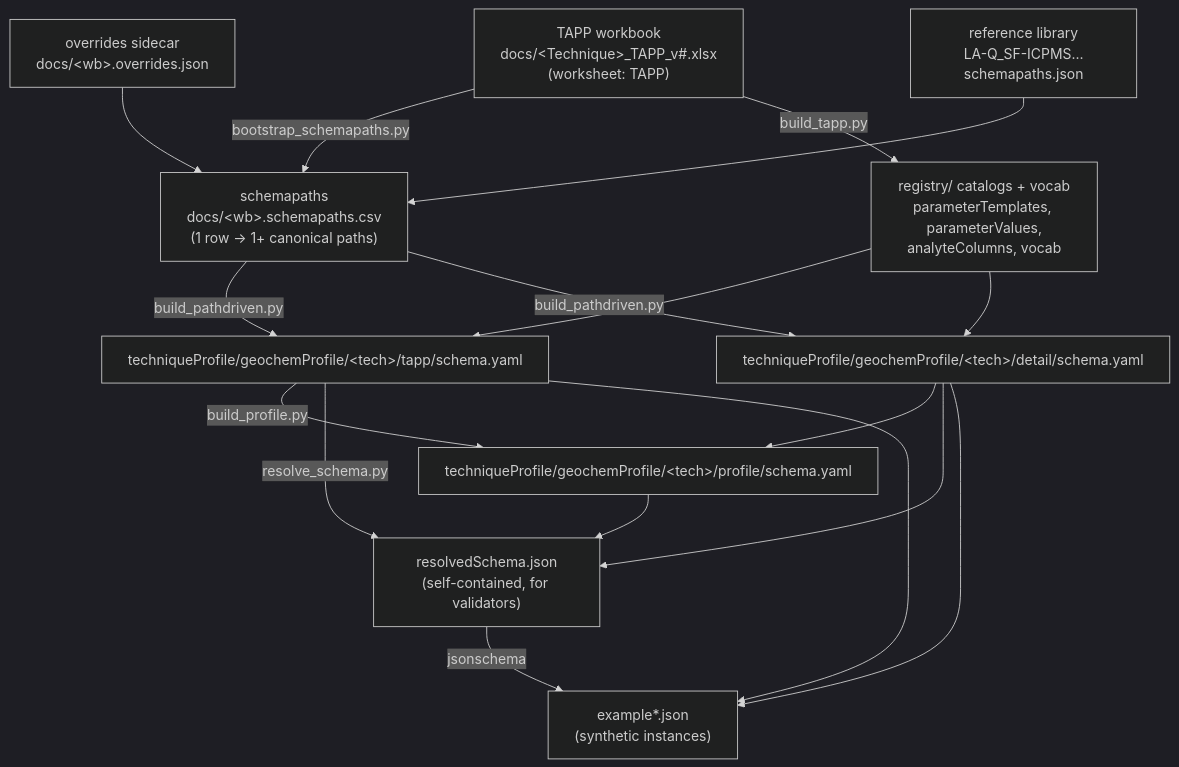
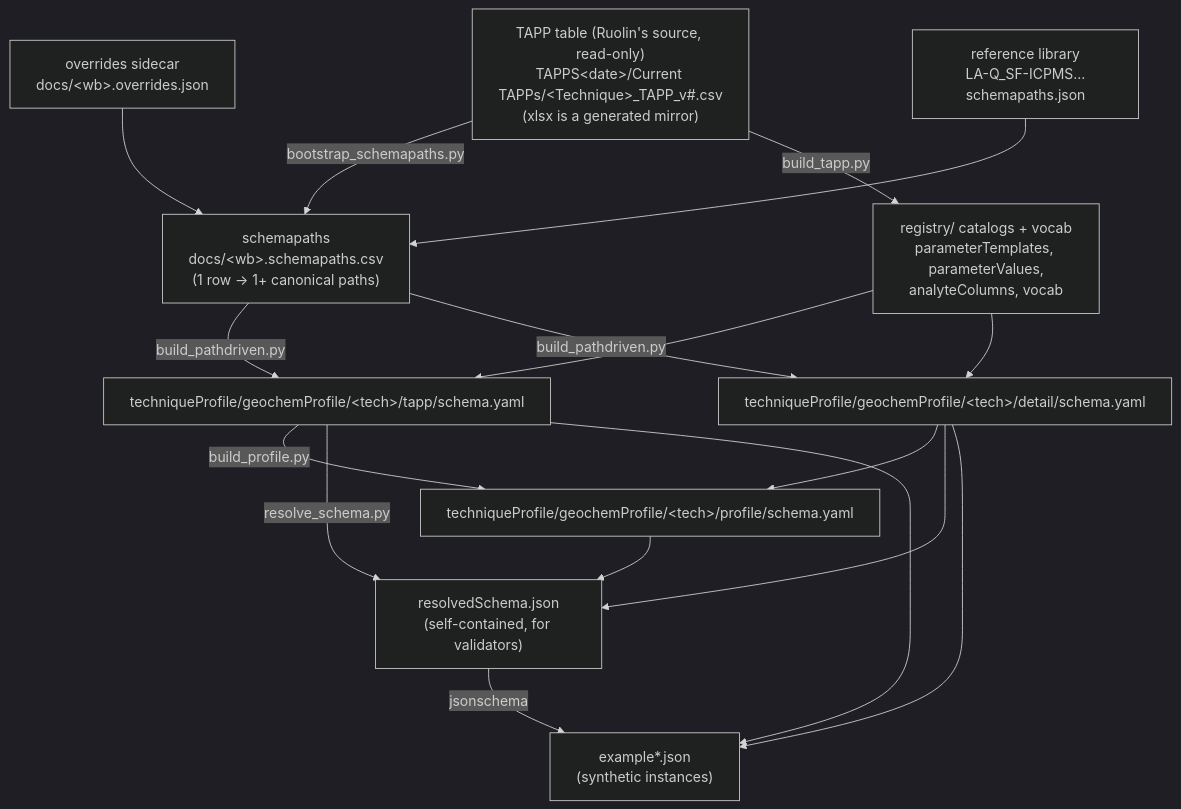
Before and after one commit to amds-ldeo/geochemBuildingBlocks: the diagram in docs/TAPP-schema-generation-workflow.md, drawn with Mermaid (dark theme). The commit also changed other lines of this file and 3 other files, not shown here.

````diff
--- a/docs/TAPP-schema-generation-workflow.md
+++ b/docs/TAPP-schema-generation-workflow.md
@@ -27,30 +27,30 @@
 ```mermaid
 flowchart TD
-    XLSX["TAPP workbook<br/>docs/&lt;Technique&gt;_TAPP_v#.xlsx<br/>(worksheet: TAPP)"]
+    XLSX["TAPP table (Ruolin's source, read-only)<br/>TAPPS&lt;date&gt;/Current TAPPs/&lt;Technique&gt;_TAPP_v#.csv<br/>(xlsx is a generated mirror)"]
     OV["overrides sidecar<br/>docs/&lt;wb&gt;.overrides.json"]
     LIB["reference library<br/>LA-Q_SF-ICPMS…schemapaths.json"]
     SP["schemapaths<br/>docs/&lt;wb&gt;.schemapaths.csv<br/>(1 row → 1+ canonical paths)"]
     REG["registry/ catalogs + vocab<br/>parameterTemplates, parameterValues,<br/>analyteColumns, vocab"]
     TAPP["techniqueProfile/geochemProfile/&lt;tech&gt;/tapp/schema.yaml"]
     DET["techniqueProfile/geochemProfile/&lt;tech&gt;/detail/schema.yaml"]
     PROF["techniqueProfile/geochemProfile/&lt;tech&gt;/profile/schema.yaml"]
     RES["resolvedSchema.json<br/>(self-contained, for validators)"]
     EX["example*.json<br/>(synthetic instances)"]
 
     XLSX -->|bootstrap_schemapaths.py| SP
     OV --> SP
     LIB --> SP
     XLSX -->|build_tapp.py| REG
     SP -->|build_pathdriven.py| TAPP
     SP -->|build_pathdriven.py| DET
     REG --> TAPP
     REG --> DET
     TAPP -->|build_profile.py| PROF
     DET --> PROF
     TAPP -->|resolve_schema.py| RES
     DET --> RES
     PROF --> RES
     TAPP --> EX
     DET --> EX
     RES -->|jsonschema| EX
 ```
````
